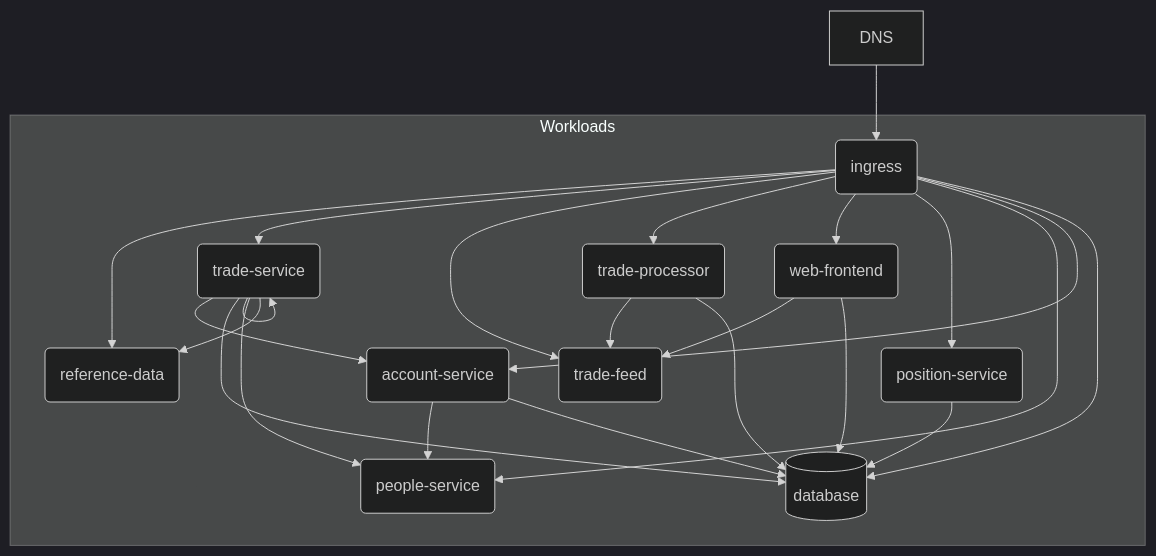
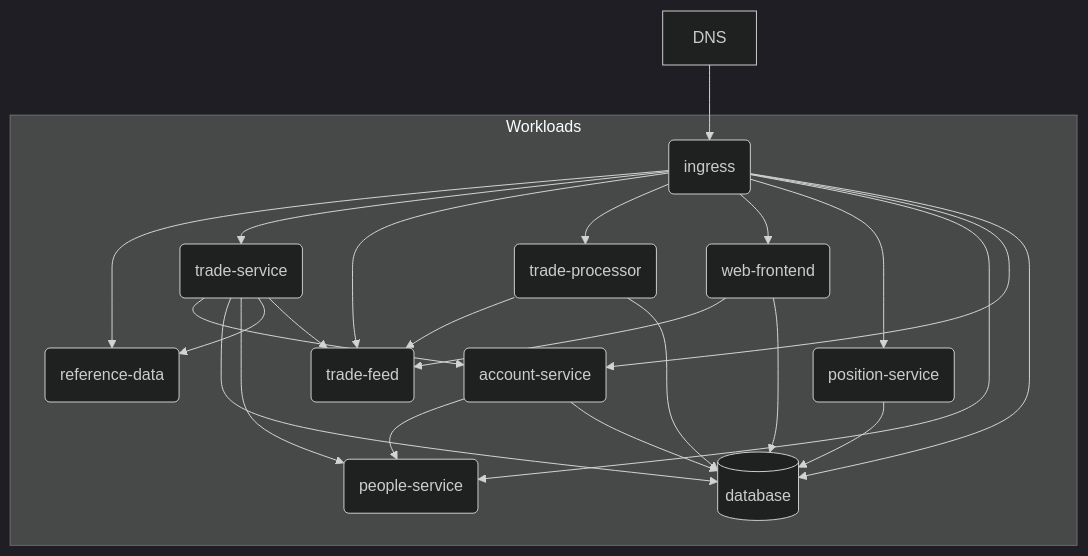
One commit to Humanitec-DemoOrg/traderx-demo changed the diagram in README.md. Above: the diagram before and after it, drawn with Mermaid (dark theme). The commit also changed 2 other files, not shown here.

Commit message:
Fix trade-service-->trade-feed

````diff
--- a/README.md
+++ b/README.md
@@ -7,27 +7,27 @@
 ```mermaid
 flowchart TD
     dns[DNS] --> ingress(ingress)
     subgraph Workloads
         ingress-->reference-data(reference-data)
         ingress-->trade-service(trade-service)
         ingress-->trade-feed(trade-feed)
         ingress-->trade-processor(trade-processor)
         ingress-->web-frontend(web-frontend)
         ingress-->position-service(position-service)
         ingress-->people-service(people-service)
         ingress-->account-service(account-service)
         ingress-->database[(database)]
         web-frontend-->trade-feed
         web-frontend-->database
         account-service-->people-service
         account-service-->database
         position-service-->database
         trade-processor-->trade-feed
         trade-processor-->database
         trade-service-->account-service
         trade-service-->database
         trade-service-->people-service
         trade-service-->reference-data
-        trade-service-->trade-service
+        trade-service-->trade-feed
     end
 ```
````
